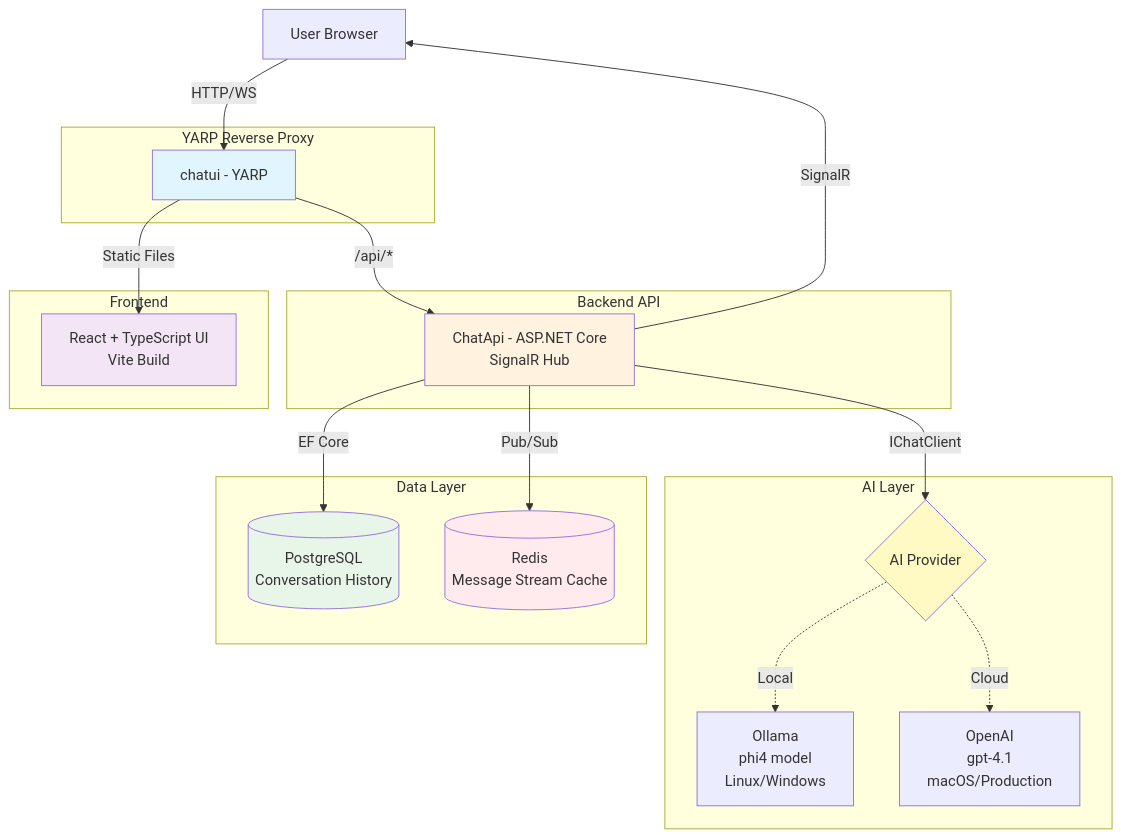
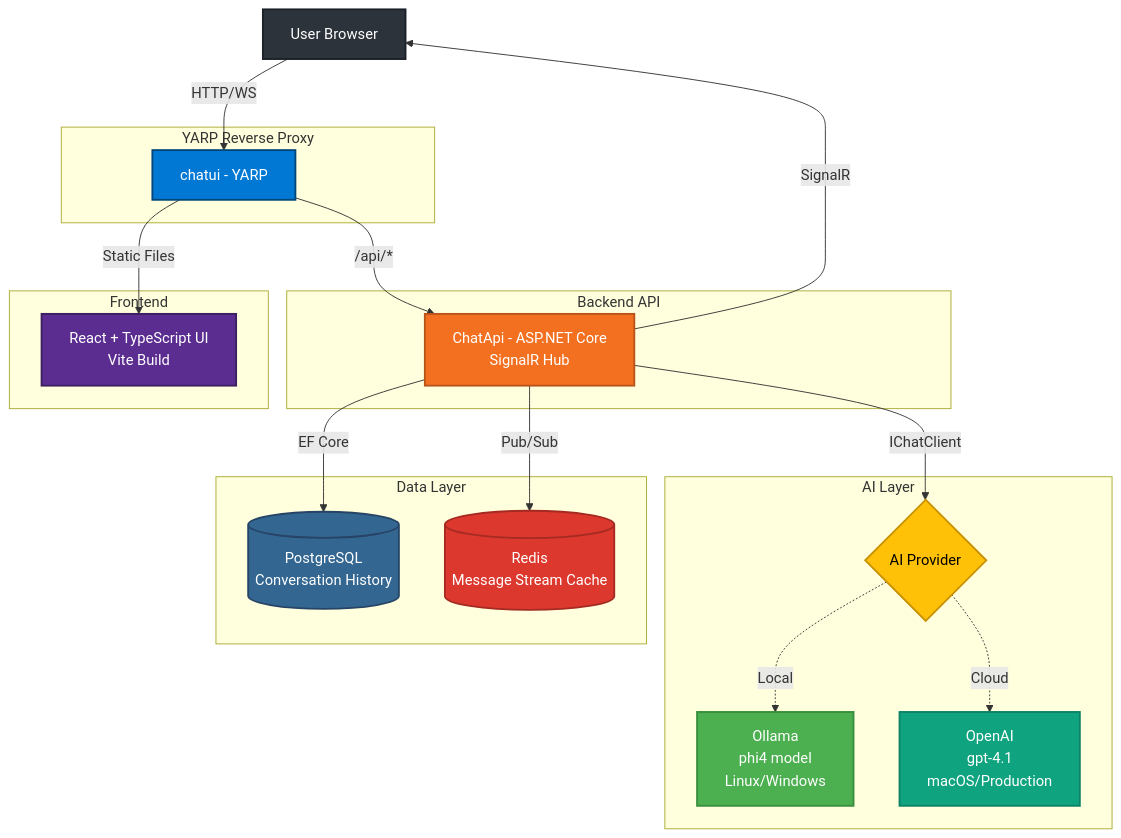
The diagram in README.md (davidfowl/aspire-ai-chat-demo), drawn with Mermaid before and after one commit. The commit also changed other lines of this file, not shown here.

Commit message:
Update README.md to enhance architecture diagram styles, add deployment instructions, and clarify CI/CD pipeline details

````diff
--- a/README.md
+++ b/README.md
@@ -7,46 +7,49 @@
 ```mermaid
 graph TB
     User[User Browser]
     
     subgraph "YARP Reverse Proxy"
         YARP[chatui - YARP]
     end
     
     subgraph "Frontend"
         UI[React + TypeScript UI<br/>Vite Build]
     end
     
     subgraph "Backend API"
         API[ChatApi - ASP.NET Core<br/>SignalR Hub]
     end
     
     subgraph "Data Layer"
         PG[(PostgreSQL<br/>Conversation History)]
         Redis[(Redis<br/>Message Stream Cache)]
     end
     
     subgraph "AI Layer"
         LLM{AI Provider}
         Ollama[Ollama<br/>phi4 model<br/>Linux/Windows]
         OpenAI[OpenAI<br/>gpt-4.1<br/>macOS/Production]
     end
     
     User -->|HTTP/WS| YARP
     YARP -->|Static Files| UI
     YARP -->|/api/*| API
     
     API -->|SignalR| User
     API -->|EF Core| PG
     API -->|Pub/Sub| Redis
     API -->|IChatClient| LLM
     
     LLM -.->|Local| Ollama
     LLM -.->|Cloud| OpenAI
     
-    style YARP fill:#e1f5ff
-    style API fill:#fff3e0
-    style UI fill:#f3e5f5
-    style PG fill:#e8f5e9
-    style Redis fill:#ffebee
-    style LLM fill:#fff9c4
+    style YARP fill:#0078d4,stroke:#004578,stroke-width:2px,color:#fff
+    style API fill:#f37021,stroke:#b85419,stroke-width:2px,color:#fff
+    style UI fill:#5c2d91,stroke:#3d1e61,stroke-width:2px,color:#fff
+    style PG fill:#336791,stroke:#274466,stroke-width:2px,color:#fff
+    style Redis fill:#dc382d,stroke:#a52a22,stroke-width:2px,color:#fff
+    style LLM fill:#ffc107,stroke:#c79100,stroke-width:2px,color:#000
+    style User fill:#2d333b,stroke:#1c2128,stroke-width:2px,color:#fff
+    style Ollama fill:#4caf50,stroke:#388e3c,stroke-width:2px,color:#fff
+    style OpenAI fill:#10a37f,stroke:#0d8267,stroke-width:2px,color:#fff
 ```
````
